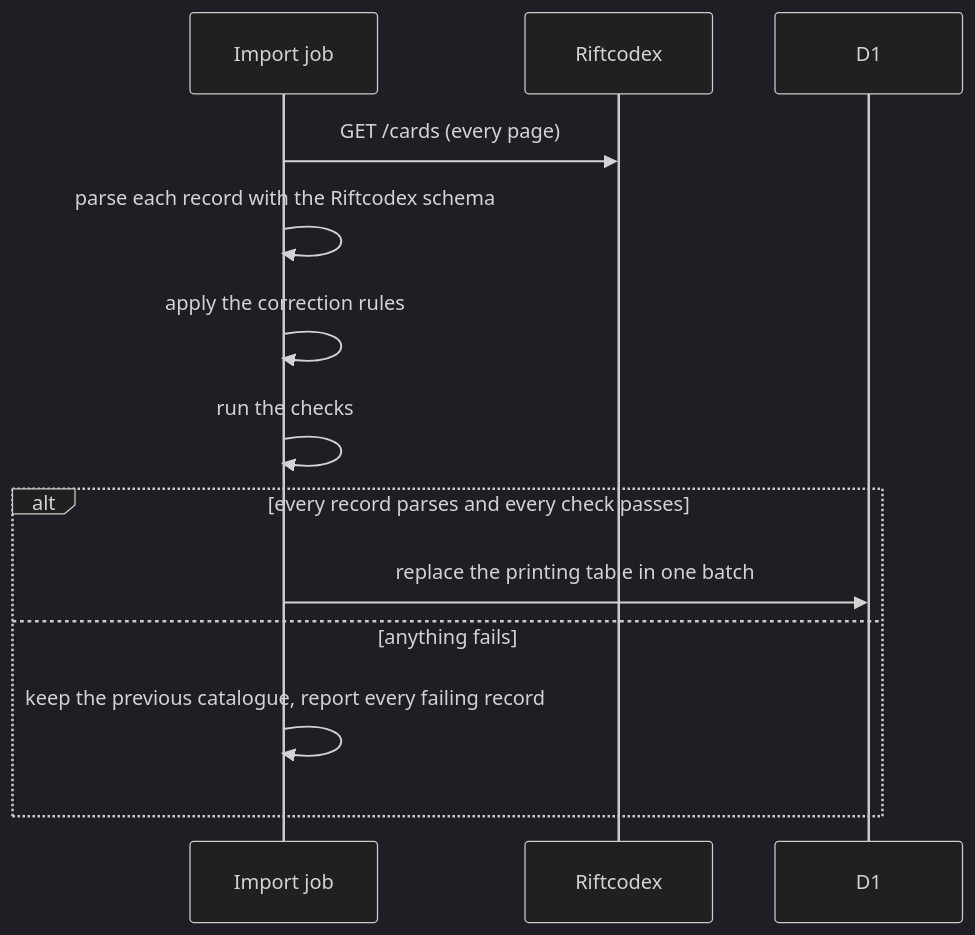
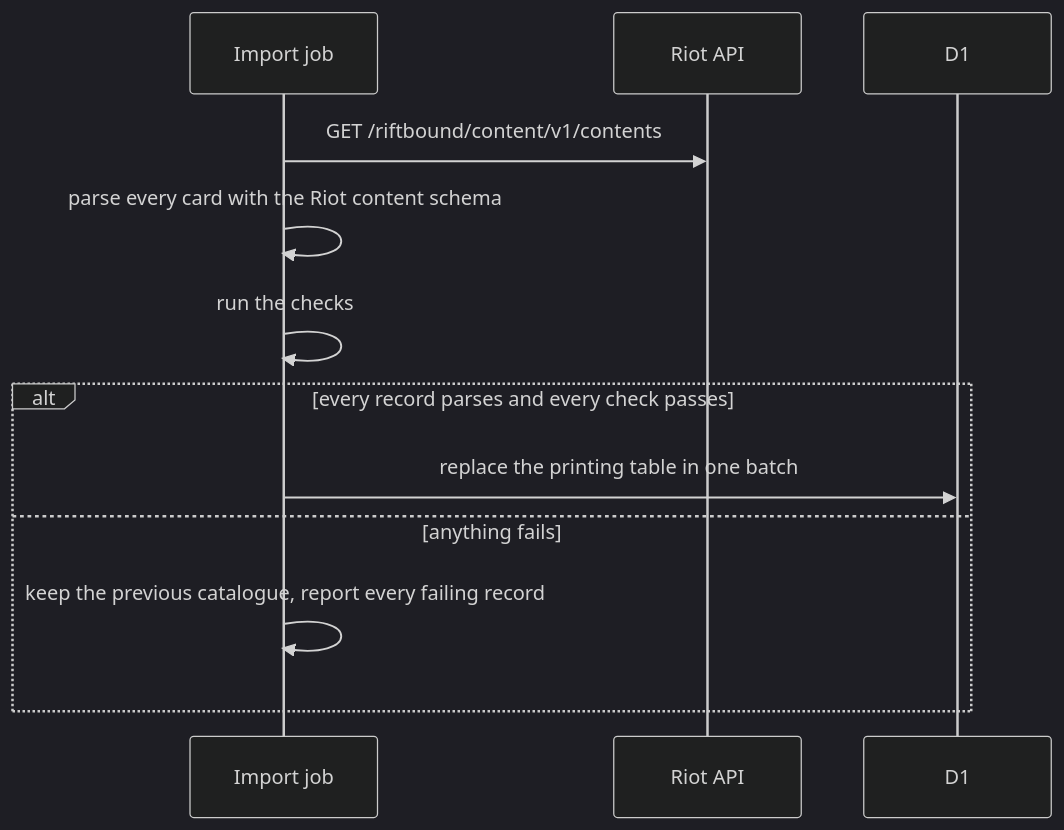
One commit to NichAnti/runebinder changed the second of 7 diagrams in docs/03-data-and-flows.md. Above: the diagram before and after it, drawn with Mermaid (dark theme). The commit also changed other lines of this file and 3 other files, not shown here.

Commit message:
Use Riot's official API as the only card source

````diff
--- a/docs/03-data-and-flows.md
+++ b/docs/03-data-and-flows.md
@@ -97,15 +93,14 @@
 ```mermaid
 sequenceDiagram
   participant J as Import job
-  participant R as Riftcodex
+  participant R as Riot API
   participant DB as D1
-  J->>R: GET /cards (every page)
-  J->>J: parse each record with the Riftcodex schema
-  J->>J: apply the correction rules
+  J->>R: GET /riftbound/content/v1/contents
+  J->>J: parse every card with the Riot content schema
   J->>J: run the checks
   alt every record parses and every check passes
     J->>DB: replace the printing table in one batch
   else anything fails
     J->>J: keep the previous catalogue, report every failing record
   end
 ```
````
